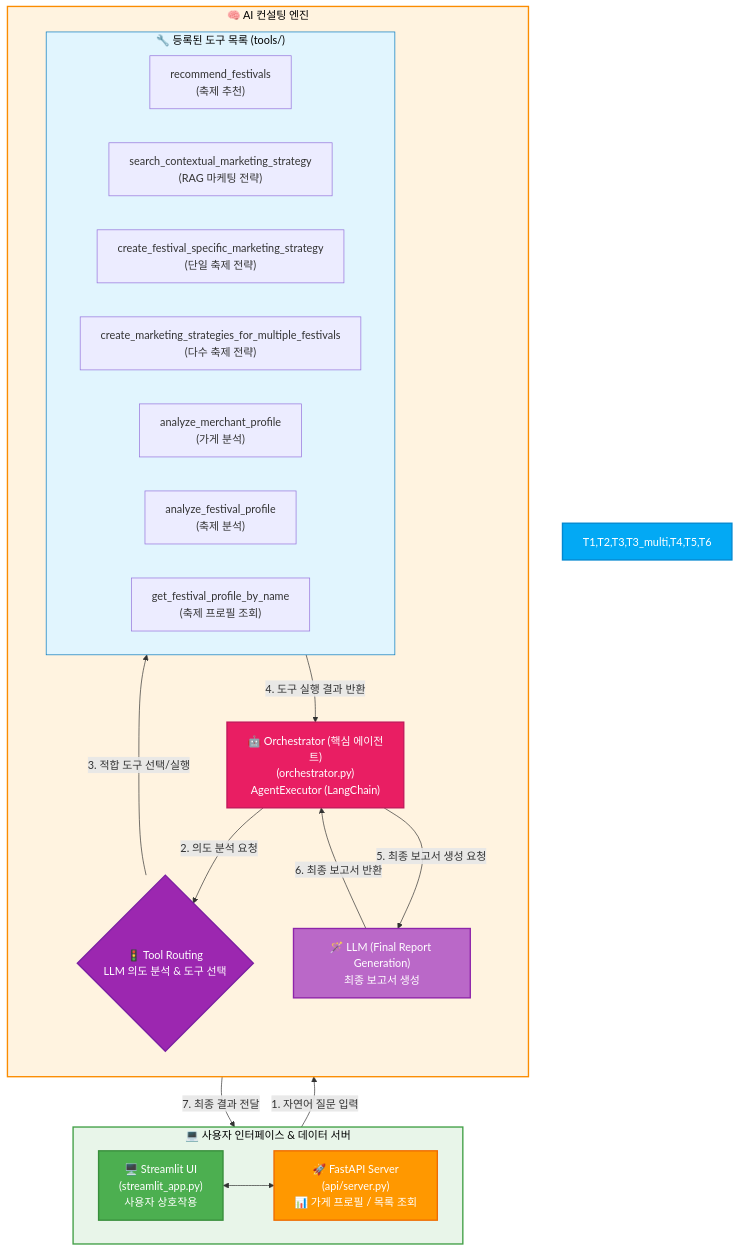
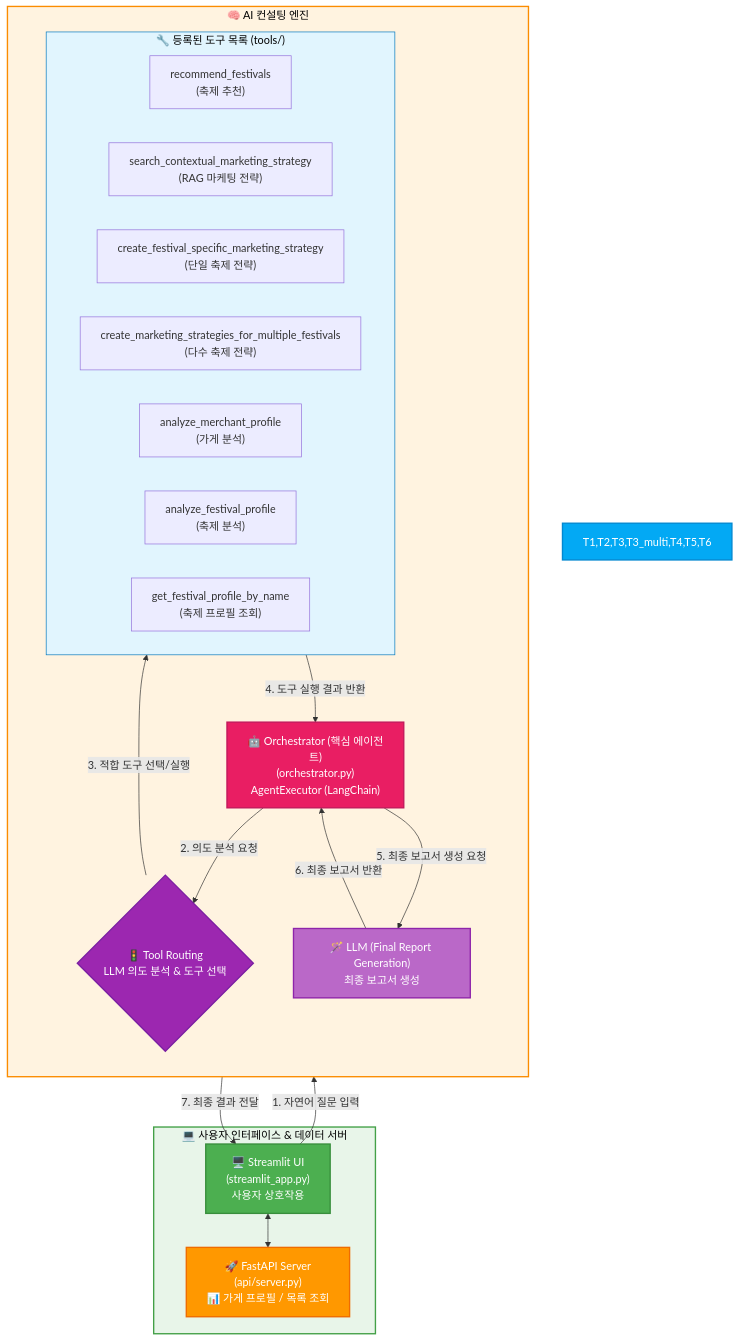
Before and after one commit to Synapse-Bigcontest/2025_bigcontest: the first of 4 diagrams in README.md, drawn with Mermaid.

````diff
--- a/README.md
+++ b/README.md
@@ -94,58 +94,58 @@
 ```mermaid
 graph TD
     %% ========================
     %% 1. 사용자 인터페이스 & 데이터 서버 (상단)
-    %% - direction LR: 내부 요소(A, B)를 좌우로 배치
+    %% - ★★★ direction LR 제거 (레이아웃 안정화) ★★★
     %% ========================
     subgraph SG_UserServer ["💻 사용자 인터페이스 & 데이터 서버"]
-        direction LR
         A["🖥️ Streamlit UI\n(streamlit_app.py)\n사용자 상호작용"] <--> B["🚀 FastAPI Server\n(api/server.py)\n📊 가게 프로필 / 목록 조회"]
     end
 
     %% ========================
     %% 2. AI 컨설팅 엔진 (하단)
     %% - direction TB: 내부 요소(C, D, SG_Tools, LLM_Final)를 상하로 배치
     %% ========================
     subgraph SG_Engine ["🧠 AI 컨설팅 엔진"]
         direction TB
         C["🤖 Orchestrator (핵심 에이전트)\n(orchestrator.py)\nAgentExecutor (LangChain)"]
         D{"🚦 Tool Routing\nLLM 의도 분석 & 도구 선택"}
 
         subgraph SG_Tools ["🔧 등록된 도구 목록 (tools/)"]
             %% ★★★ direction TB가 상속되어 도구들이 세로로 정렬됩니다 ★★★
             T1["recommend_festivals\n(축제 추천)"]
             T2["search_contextual_marketing_strategy\n(RAG 마케팅 전략)"]
             T3["create_festival_specific_marketing_strategy\n(단일 축제 전략)"]
             T3_multi["create_marketing_strategies_for_multiple_festivals\n(다수 축제 전략)"]
             T4["analyze_merchant_profile\n(가게 분석)"]
             T5["analyze_festival_profile\n(축제 분석)"]
             T6["get_festival_profile_by_name\n(축제 프로필 조회)"]
         end
 
         LLM_Final["🪄 LLM (Final Report Generation)\n최종 보고서 생성"]
     end
 
     %% ========================
     %% 3. 전체 흐름 연결 (TD 레이아웃 기준)
+    %% - Orchestrator(C)가 중앙 허브 역할을 수행
     %% ========================
     A -- "1. 자연어 질문 입력" --> C
     C -- "2. 의도 분석 요청" --> D
     D -- "3. 적합 도구 선택/실행" --> SG_Tools
     SG_Tools -- "4. 도구 실행 결과 반환" --> C
     C -- "5. 최종 보고서 생성 요청" --> LLM_Final
     LLM_Final -- "6. 최종 보고서 반환" --> C
     C -- "7. 최종 결과 전달" --> A
 
     %% ========================
     %% 4. 스타일 지정
     %% ========================
     style A fill:#4CAF50,color:#fff,stroke:#388E3C,stroke-width:2px
     style B fill:#FF9800,color:#fff,stroke:#EF6C00,stroke-width:2px
     style C fill:#E91E63,color:#fff,stroke:#C2185B,stroke-width:2px
     style D fill:#9C27B0,color:#fff,stroke:#7B1FA2,stroke-width:2px,shape:diamond
     style SG_Tools fill:#E1F5FE, stroke:#0277BD,color:#000
     style T1,T2,T3,T3_multi,T4,T5,T6 fill:#03A9F4,color:#fff,stroke:#0288D1,stroke-width:2px,shape:hexagon
     style LLM_Final fill:#BA68C8,color:#fff,stroke:#8E24AA,stroke-width:2px
     style SG_UserServer fill:#E8F5E9,stroke:#43A047,stroke-width:2px,color:#000
     style SG_Engine fill:#FFF3E0,stroke:#FB8C00,stroke-width:2px,color:#000
 ```
````
